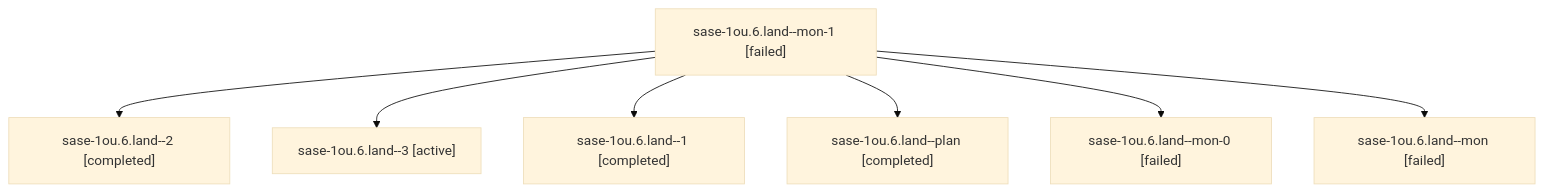
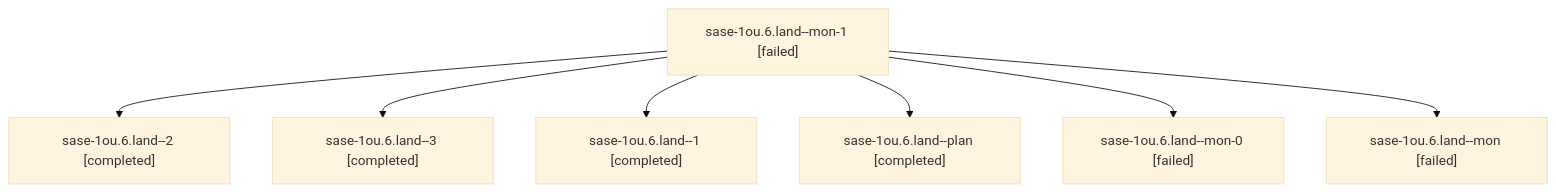
The diagram in sessions/bbugyi200.athena.sase-1ou.6.land.md (sase-org/sase--agents), drawn with Mermaid (base theme) before and after one commit. The commit also changed other lines of this file and 93 other files, not shown here.

````diff
--- a/sessions/bbugyi200.athena.sase-1ou.6.land.md
+++ b/sessions/bbugyi200.athena.sase-1ou.6.land.md
@@ -9,16 +9,16 @@
 ```mermaid
 flowchart TD
   n0["sase-1ou.6.land--mon-1 [failed]"]
   n1["sase-1ou.6.land--2 [completed]"]
   n0 --> n1
-  n2["sase-1ou.6.land--3 [active]"]
+  n2["sase-1ou.6.land--3 [completed]"]
   n0 --> n2
   n3["sase-1ou.6.land--1 [completed]"]
   n0 --> n3
   n4["sase-1ou.6.land--plan [completed]"]
   n0 --> n4
   n5["sase-1ou.6.land--mon-0 [failed]"]
   n0 --> n5
   n6["sase-1ou.6.land--mon [failed]"]
   n0 --> n6
 ```
````
